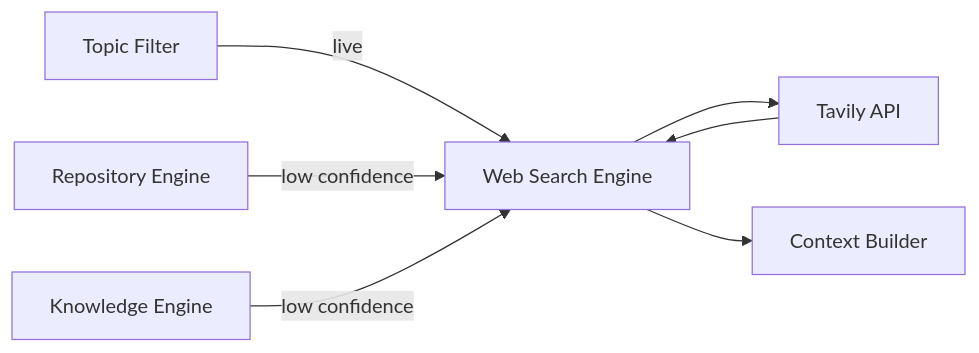
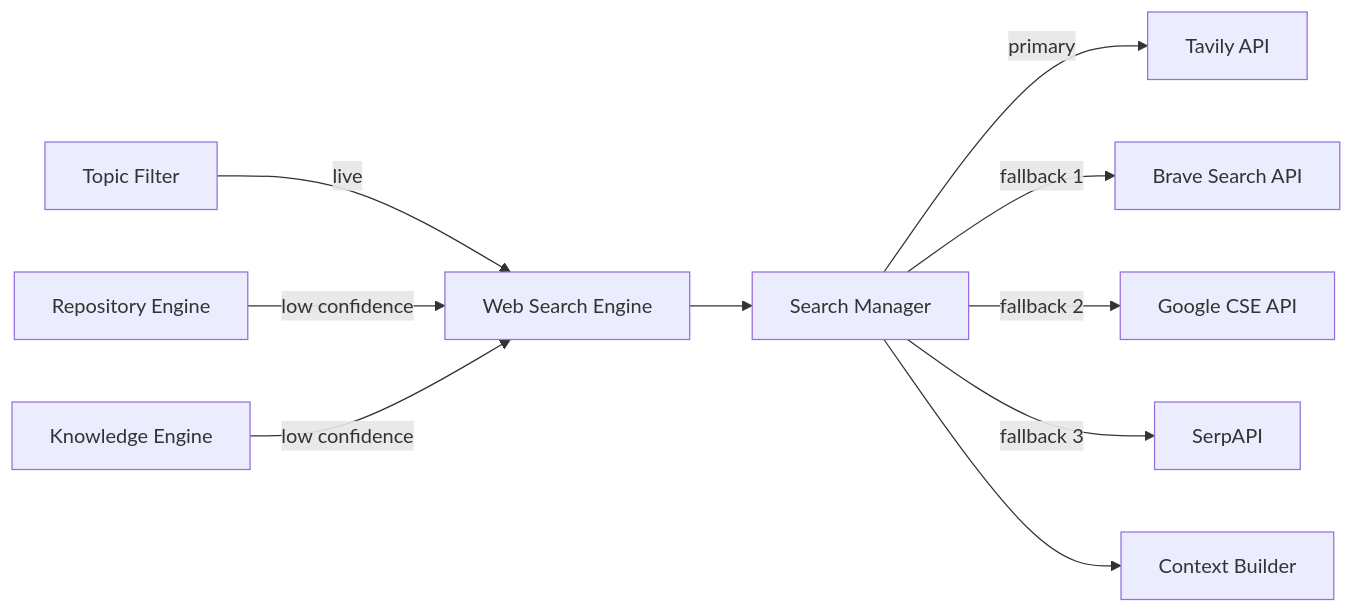
The diagram in AI/WEB_SEARCH_ENGINE.md (Umadolproject/Umakraft), drawn with Mermaid before and after one commit. The commit also changed other lines of this file, not shown here.

First line of the commit message:
Update web search engine documentation with expanded implementation details

````diff
--- a/AI/WEB_SEARCH_ENGINE.md
+++ b/AI/WEB_SEARCH_ENGINE.md
@@ -53,9 +59,15 @@
 ```mermaid
 flowchart LR
     TF[Topic Filter] -->|live| WSE[Web Search Engine]
     RE[Repository Engine] -->|low confidence| WSE
     KE[Knowledge Engine] -->|low confidence| WSE
-    WSE --> TAV[Tavily API]
-    TAV --> WSE
-    WSE --> CB[Context Builder]
+
+    WSE --> SM[Search Manager]
+
+    SM -->|primary| TAV[Tavily API]
+    SM -->|fallback 1| BRV[Brave Search API]
+    SM -->|fallback 2| GCS[Google CSE API]
+    SM -->|fallback 3| SRP[SerpAPI]
+
+    SM --> CB[Context Builder]
 ```
````
